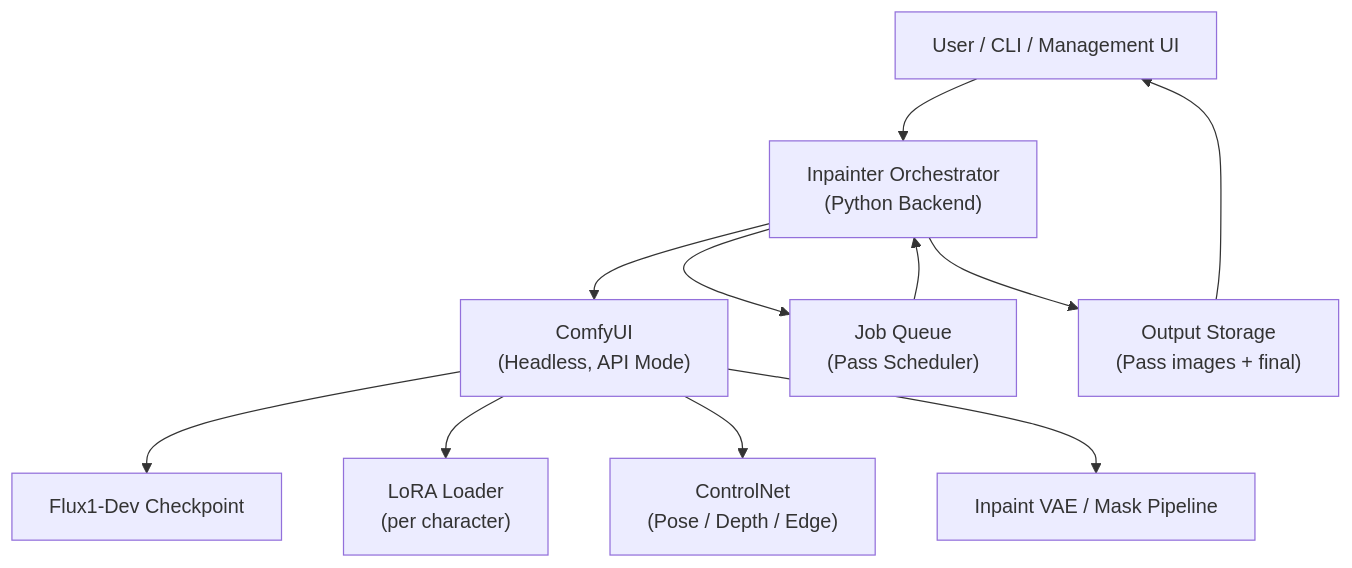
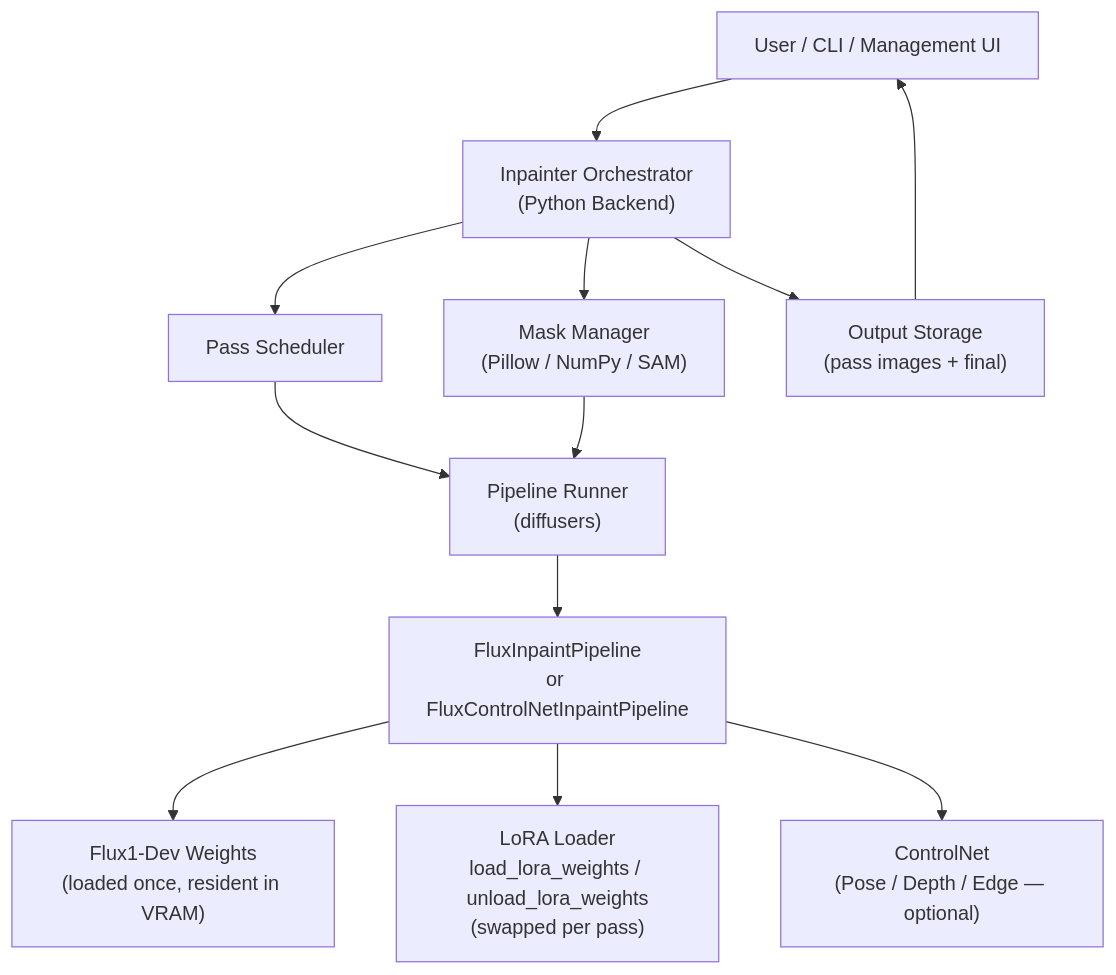
Before and after one commit to arupKumarGupta/inpainter: the first of 3 diagrams in ARCHITECTURE.md, drawn with Mermaid. The commit also changed other lines of this file, not shown here.

First line of the commit message:
docs: add README and detailed architecture for N-pass multi-character inpainting pipeline

````diff
--- a/ARCHITECTURE.md
+++ b/ARCHITECTURE.md
@@ -9,13 +9,14 @@
 ```mermaid
 flowchart TD
     A["User / CLI / Management UI"] --> B["Inpainter Orchestrator\n(Python Backend)"]
-    B --> C["ComfyUI\n(Headless, API Mode)"]
-    C --> D["Flux1-Dev Checkpoint"]
-    C --> E["LoRA Loader\n(per character)"]
-    C --> F["ControlNet\n(Pose / Depth / Edge)"]
-    C --> G["Inpaint VAE / Mask Pipeline"]
-    B --> H["Job Queue\n(Pass Scheduler)"]
-    H --> B
-    B --> I["Output Storage\n(Pass images + final)"]
-    I --> A
+    B --> C["Pass Scheduler"]
+    C --> D["Pipeline Runner\n(diffusers)"]
+    D --> E["FluxInpaintPipeline\nor FluxControlNetInpaintPipeline"]
+    E --> F["Flux1-Dev Weights\n(loaded once, resident in VRAM)"]
+    E --> G["LoRA Loader\nload_lora_weights / unload_lora_weights\n(swapped per pass)"]
+    E --> H["ControlNet\n(Pose / Depth / Edge — optional)"]
+    B --> I["Mask Manager\n(Pillow / NumPy / SAM)"]
+    I --> D
+    B --> J["Output Storage\n(pass images + final)"]
+    J --> A
 ```
````
